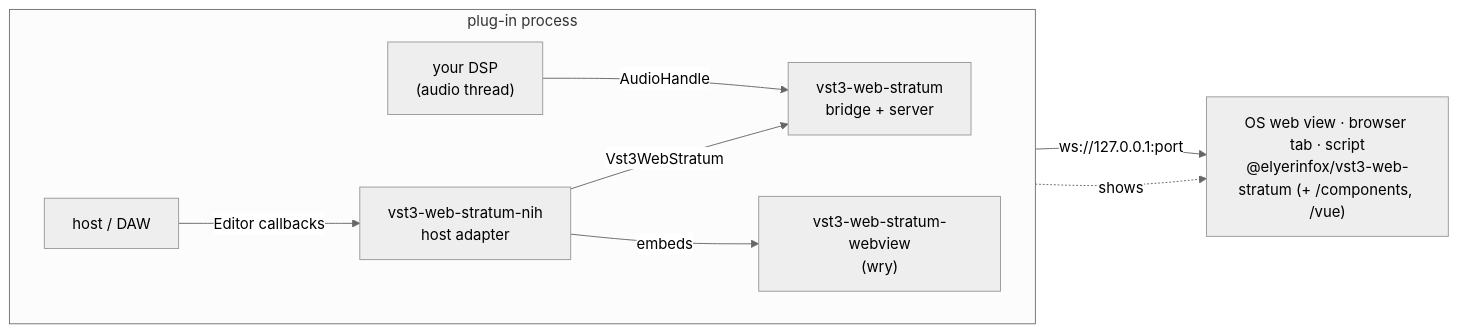
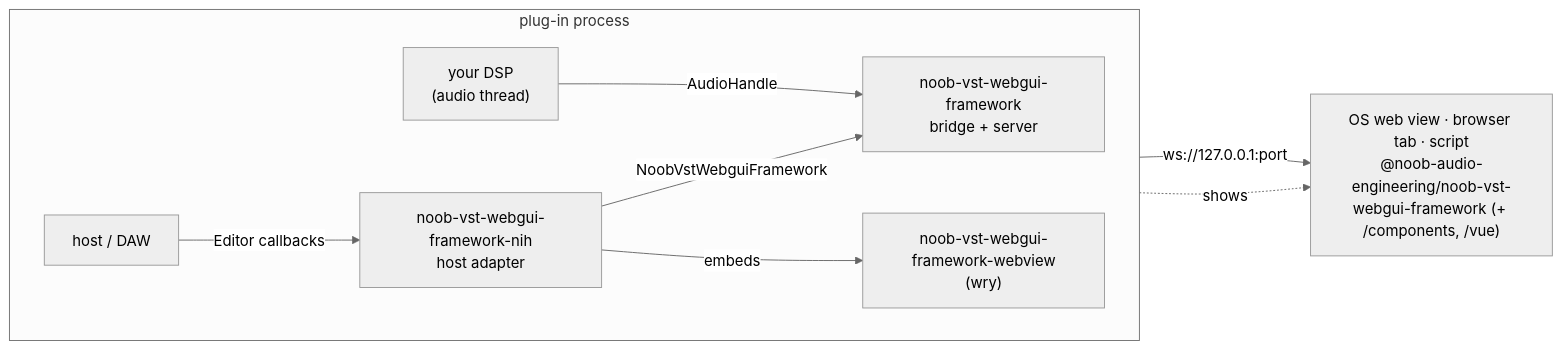
One commit to Noob-Audio-Engineering/noob-vst-webgui-framework changed the first of 3 diagrams in docs/ARCHITECTURE.md. Above: the diagram before and after it, drawn with Mermaid (neutral theme). The commit also changed other lines of this file and 234 other files, not shown here.

First line of the commit message:
Rename to noob-vst-webgui-framework, move to Noob Audio Engineering

````diff
--- a/docs/ARCHITECTURE.md
+++ b/docs/ARCHITECTURE.md
@@ -27,17 +27,17 @@
 ```mermaid
 flowchart LR
   subgraph proc["plug-in process"]
     direction LR
     dsp["your DSP<br/>(audio thread)"]
-    core["vst3-web-stratum<br/>bridge + server"]
-    nih["vst3-web-stratum-nih<br/>host adapter"]
-    wv["vst3-web-stratum-webview<br/>(wry)"]
+    core["noob-vst-webgui-framework<br/>bridge + server"]
+    nih["noob-vst-webgui-framework-nih<br/>host adapter"]
+    wv["noob-vst-webgui-framework-webview<br/>(wry)"]
     host["host / DAW"]
     dsp -- "AudioHandle" --> core
     host -- "Editor callbacks" --> nih
-    nih -- "Vst3WebStratum" --> core
+    nih -- "NoobVstWebguiFramework" --> core
     nih -- "embeds" --> wv
   end
-  core -- "ws://127.0.0.1:port" --> page["OS web view · browser tab · script<br/>@elyerinfox/vst3-web-stratum (+ /components, /vue)"]
+  core -- "ws://127.0.0.1:port" --> page["OS web view · browser tab · script<br/>@noob-audio-engineering/noob-vst-webgui-framework (+ /components, /vue)"]
   wv -. "shows" .-> page
 ```
````
